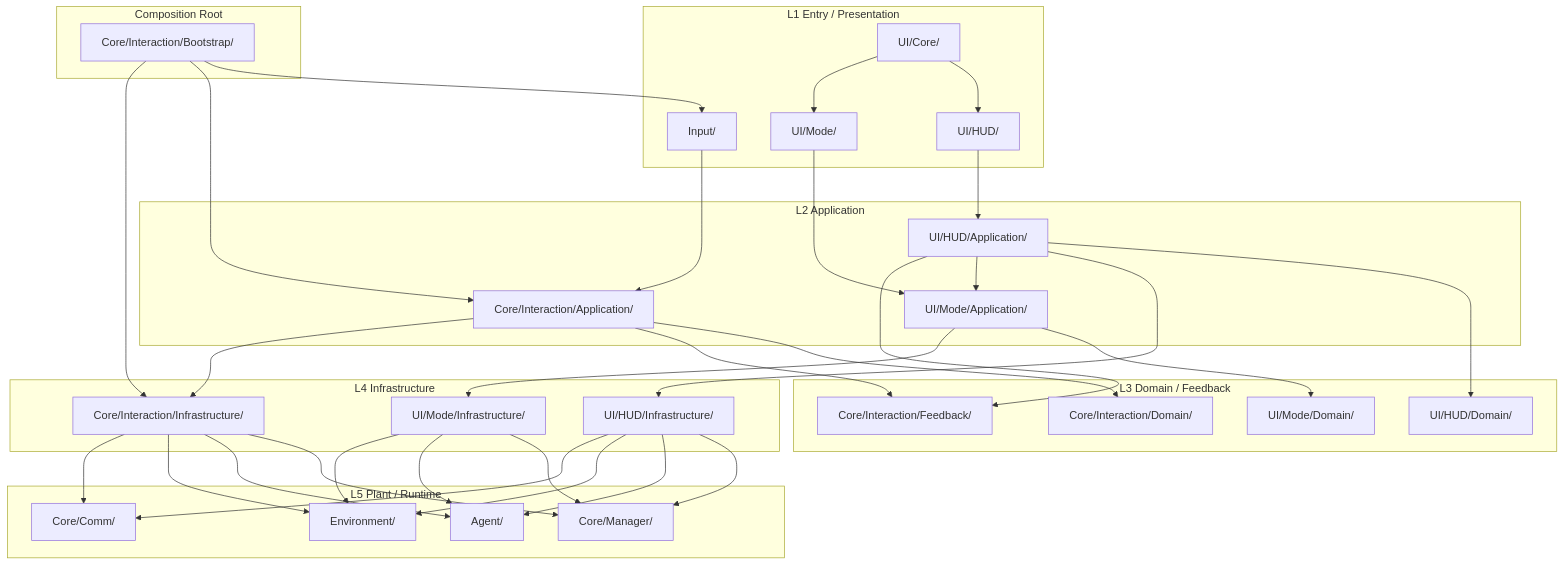
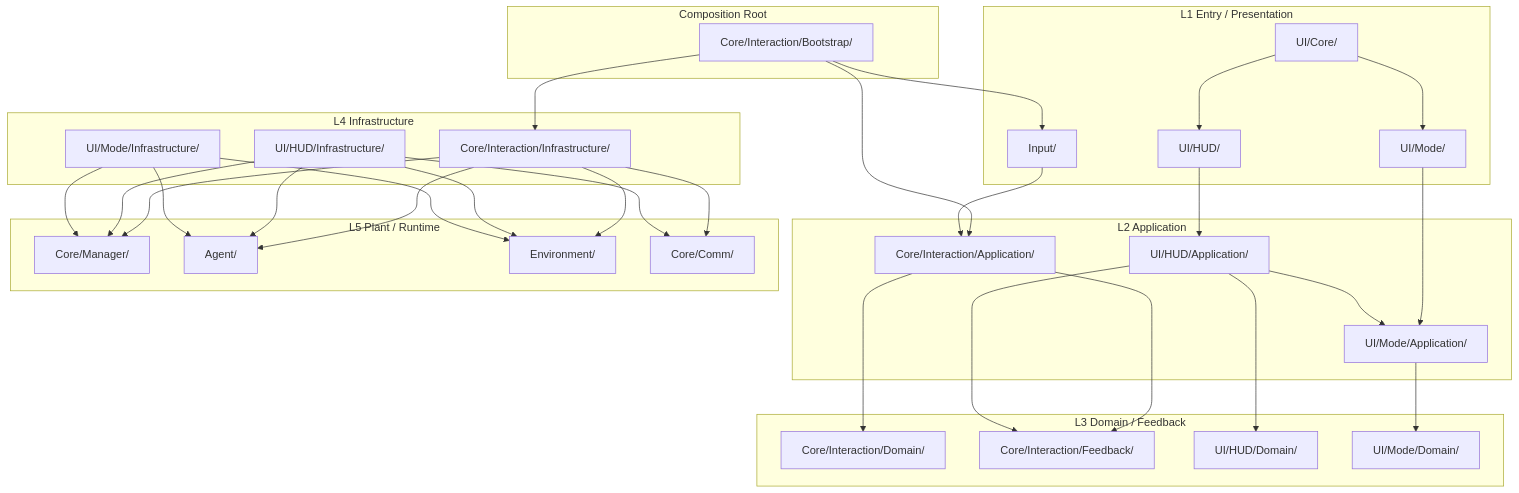
One commit to MiangChen/MultiAgent-Unreal changed the second of 2 diagrams in site_docs/architecture.md. Above: the diagram before and after it, drawn with Mermaid. The commit also changed other lines of this file and 49 other files, not shown here.

Commit message:
refactor(architecture): remove application infrastructure includes

````diff
--- a/site_docs/architecture.md
+++ b/site_docs/architecture.md
@@ -75,76 +76,72 @@
 ```mermaid
 flowchart TB
     subgraph CR["Composition Root"]
         BOOT["Core/Interaction/Bootstrap/"]
     end
 
     subgraph L1["L1 Entry / Presentation"]
         INPUT["Input/"]
         UIHUD["UI/HUD/"]
         UIMODE["UI/Mode/"]
         UICORE["UI/Core/"]
     end
 
     subgraph L2["L2 Application"]
         INTAPP["Core/Interaction/Application/"]
         HUDAPP["UI/HUD/Application/"]
         MODEAPP["UI/Mode/Application/"]
     end
 
     subgraph L3["L3 Domain / Feedback"]
         INTDOMAIN["Core/Interaction/Domain/"]
         FEEDBACK["Core/Interaction/Feedback/"]
         HUDDOMAIN["UI/HUD/Domain/"]
         MODEDOMAIN["UI/Mode/Domain/"]
     end
 
     subgraph L4["L4 Infrastructure"]
         INTINFRA["Core/Interaction/Infrastructure/"]
         HUDINFRA["UI/HUD/Infrastructure/"]
         MODEINFRA["UI/Mode/Infrastructure/"]
     end
 
     subgraph L5["L5 Plant / Runtime"]
         MANAGER["Core/Manager/"]
         AGENT["Agent/"]
         ENV["Environment/"]
         COMM["Core/Comm/"]
     end
 
     BOOT --> INPUT
     BOOT --> INTAPP
     BOOT --> INTINFRA
 
     INPUT --> INTAPP
 
     UICORE --> UIHUD
     UICORE --> UIMODE
     UIHUD --> HUDAPP
     UIMODE --> MODEAPP
 
     INTAPP --> INTDOMAIN
     INTAPP --> FEEDBACK
-    INTAPP --> INTINFRA
-
     HUDAPP --> HUDDOMAIN
-    HUDAPP --> HUDINFRA
     HUDAPP --> MODEAPP
     HUDAPP --> FEEDBACK
 
     MODEAPP --> MODEDOMAIN
-    MODEAPP --> MODEINFRA
 
     INTINFRA --> MANAGER
     INTINFRA --> AGENT
     INTINFRA --> ENV
     INTINFRA --> COMM
 
     HUDINFRA --> MANAGER
     HUDINFRA --> AGENT
     HUDINFRA --> ENV
     HUDINFRA --> COMM
 
     MODEINFRA --> MANAGER
     MODEINFRA --> AGENT
     MODEINFRA --> ENV
 ```
````
